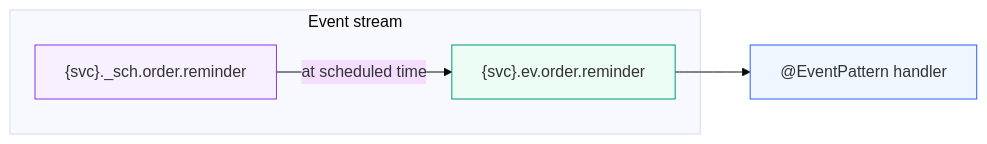
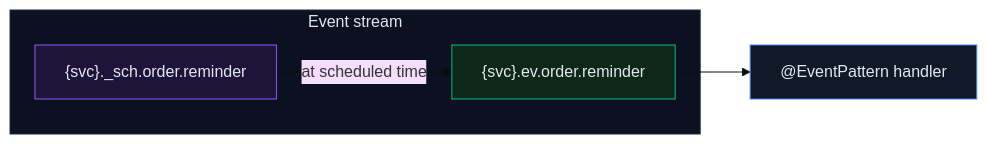
One commit to HorizonRepublic/nestjs-jetstream changed the diagram in website/docs/guides/scheduling.md. Above: the diagram before and after it, drawn with Mermaid (base theme). The commit also changed other lines of this file and 35 other files, not shown here.

````diff
--- a/website/docs/guides/scheduling.md
+++ b/website/docs/guides/scheduling.md
@@ -69,14 +76,15 @@
 ```mermaid
 flowchart LR
     subgraph stream["Event stream"]
         sch["{svc}._sch.order.reminder"]
         ev["{svc}.ev.order.reminder"]
     end
 
     sch -- "at scheduled time" --> ev
     ev --> handler["@EventPattern handler"]
 
-    style sch fill:#f9f0ff,stroke:#7c3aed
-    style ev fill:#ecfdf5,stroke:#059669
-    style handler fill:#eff6ff,stroke:#2563eb
+    style stream fill:#0B1120,stroke:#1E293B,color:#E2E8F0
+    style sch fill:#1E1338,stroke:#8B5CF6,color:#E2E8F0
+    style ev fill:#0D2818,stroke:#10B981,color:#E2E8F0
+    style handler fill:#111827,stroke:#3B82F6,color:#E2E8F0
 ```
````
